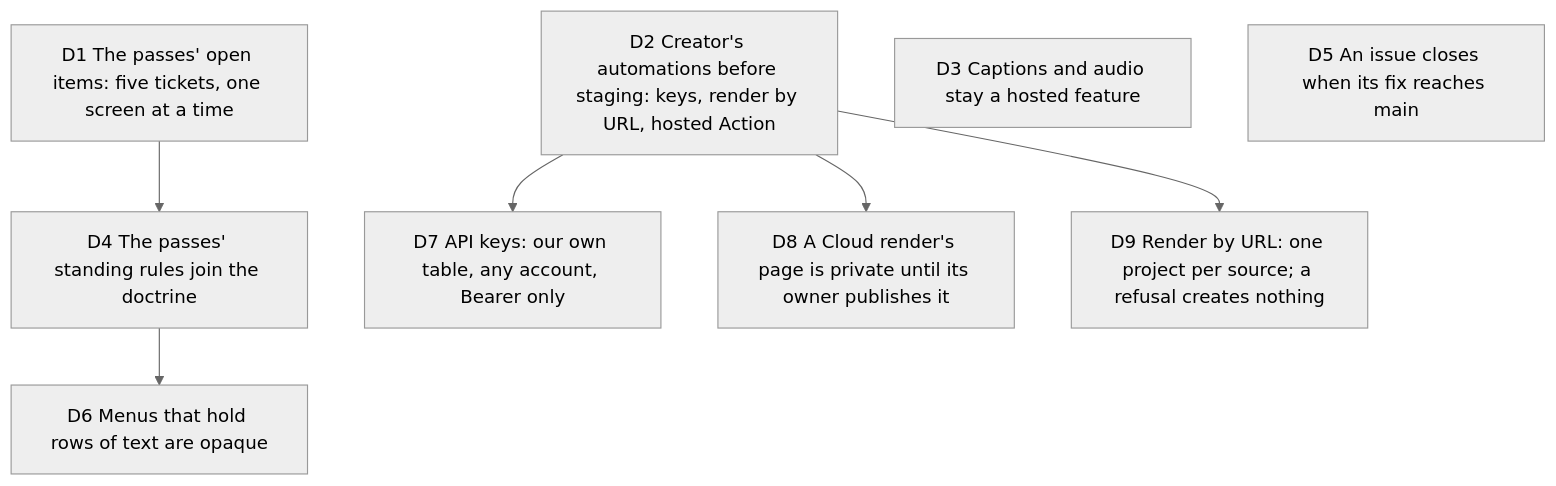
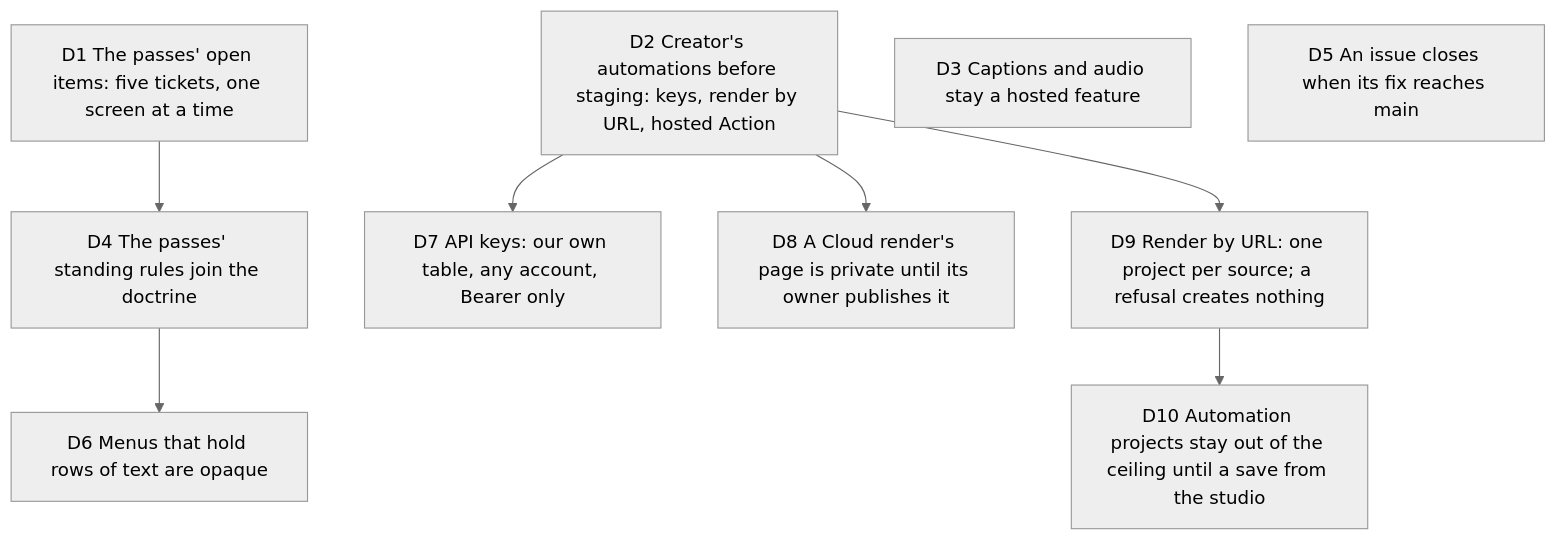
Before and after one commit to delhombre/typelapse: the diagram in docs/decisions/2026-10-05-next-wave.md, drawn with Mermaid (neutral theme). The commit also changed other lines of this file, not shown here.

Commit message:
docs(decisions): automation projects stay out of the ceiling until a save from the studio

````diff
--- a/docs/decisions/2026-10-05-next-wave.md
+++ b/docs/decisions/2026-10-05-next-wave.md
@@ -21,13 +21,14 @@
 ```mermaid
 flowchart TD
   D1["D1 The passes' open items: five tickets, one screen at a time"]
   D2["D2 Creator's automations before staging: keys, render by URL, hosted Action"]
   D3["D3 Captions and audio stay a hosted feature"]
   D4["D4 The passes' standing rules join the doctrine"]
   D5["D5 An issue closes when its fix reaches main"]
   D1 --> D4
   D4 --> D6["D6 Menus that hold rows of text are opaque"]
   D2 --> D7["D7 API keys: our own table, any account, Bearer only"]
   D2 --> D8["D8 A Cloud render's page is private until its owner publishes it"]
   D2 --> D9["D9 Render by URL: one project per source; a refusal creates nothing"]
+  D9 --> D10["D10 Automation projects stay out of the ceiling until a save from the studio"]
 ```
````
